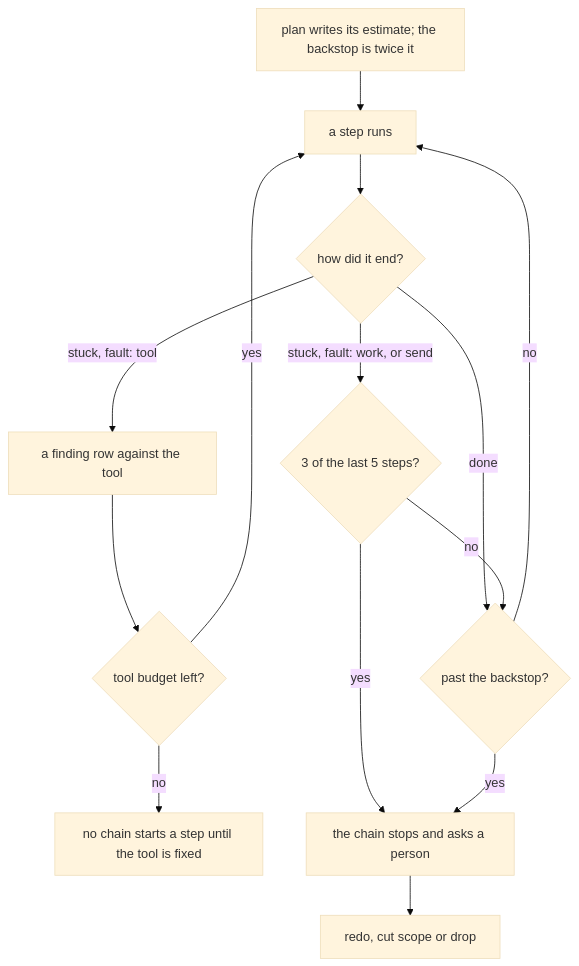
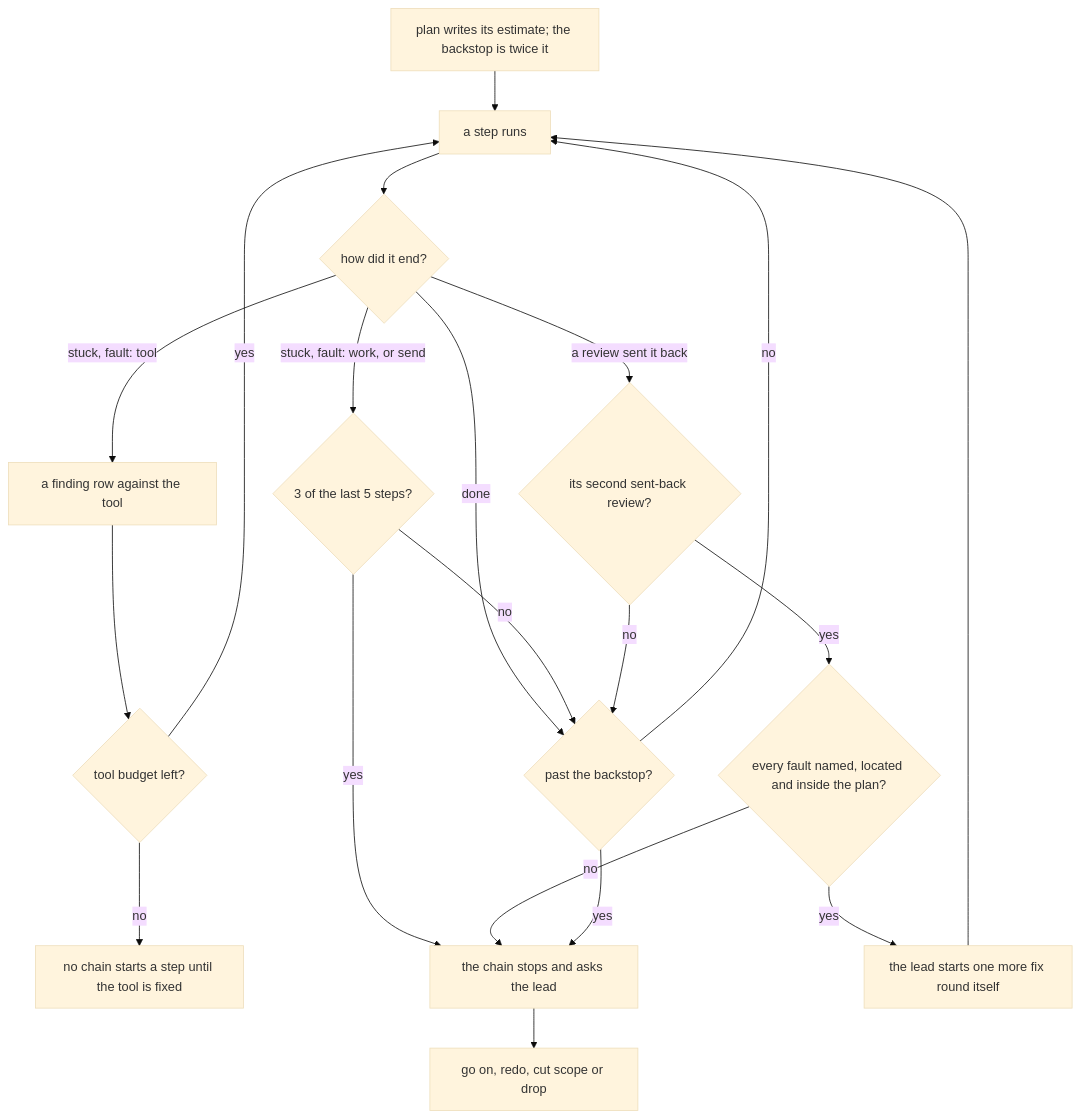
Before and after one commit to kamp-us/tea-fabrika: the diagram in .decisions/0076-a-lane-stops-at-its-budget.md, drawn with Mermaid (base theme). The commit also changed other lines of this file and 57 other files, not shown here.

````diff
--- a/.decisions/0076-a-lane-stops-at-its-budget.md
+++ b/.decisions/0076-a-lane-stops-at-its-budget.md
@@ -17,16 +16,22 @@
 ```mermaid
 flowchart TD
   plan["plan writes its estimate; the backstop is twice it"] --> step["a step runs"]
   step --> how{"how did it end?"}
   how -- "stuck, fault: tool" --> finding["a finding row against the tool"]
   finding --> tools{"tool budget left?"}
   tools -- "yes" --> step
   tools -- "no" --> hold["no chain starts a step until the tool is fixed"]
   how -- "stuck, fault: work, or send" --> window{"3 of the last 5 steps?"}
+  how -- "a review sent it back" --> second{"its second sent-back review?"}
   how -- "done" --> backstop{"past the backstop?"}
   window -- "no" --> backstop
-  window -- "yes" --> stop["the chain stops and asks a person"]
+  window -- "yes" --> stop["the chain stops and asks the lead"]
+  second -- "no" --> backstop
+  second -- "yes" --> faults{"every fault named, located and inside the plan?"}
+  faults -- "yes" --> fix["the lead starts one more fix round itself"]
+  fix --> step
+  faults -- "no" --> stop
   backstop -- "no" --> step
   backstop -- "yes" --> stop
-  stop --> answers["redo, cut scope or drop"]
+  stop --> answers["go on, redo, cut scope or drop"]
 ```
````
